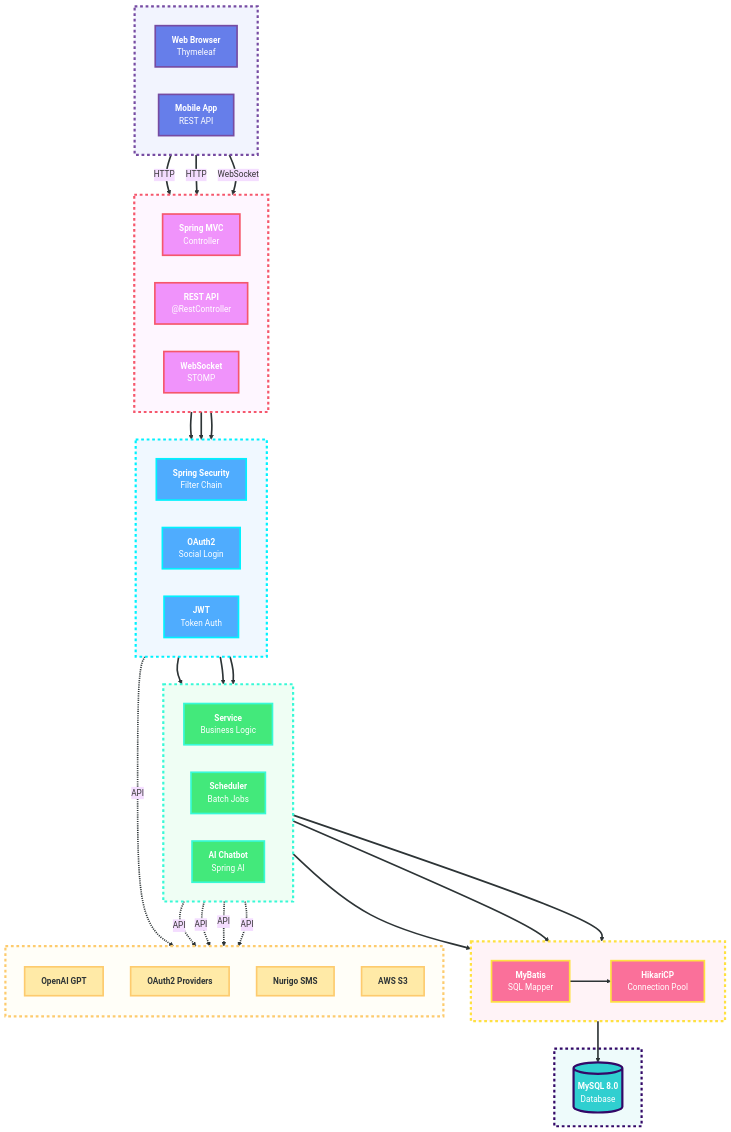
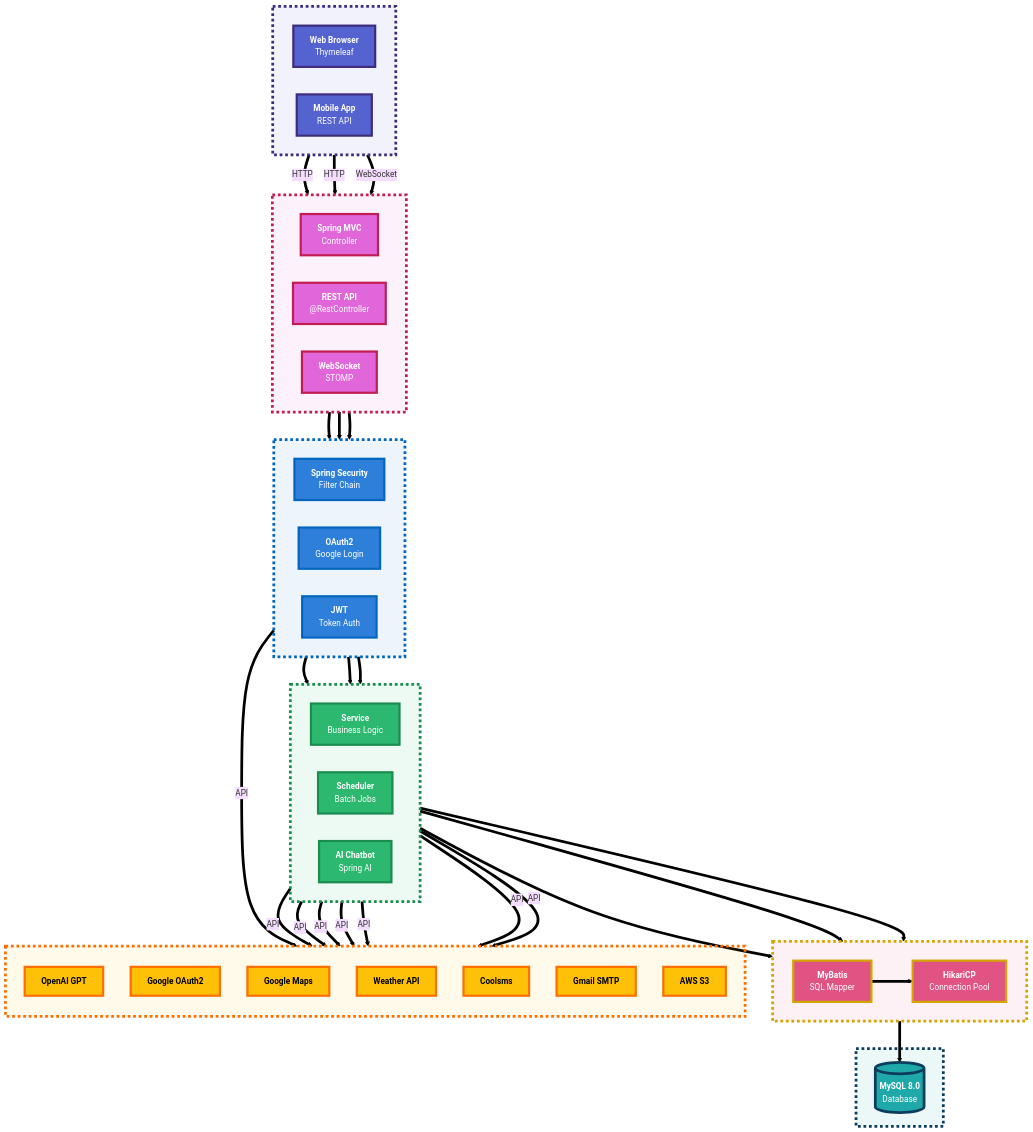
The diagram in README.md (wjdgkr3386/Neighbus), drawn with Mermaid before and after one commit. The commit also changed other lines of this file, not shown here.

````diff
--- a/README.md
+++ b/README.md
@@ -285,7 +285,7 @@
     subgraph Security[" "]
         direction LR
         SS["<b>Spring Security</b><br/>Filter Chain"]
-        OAuth["<b>OAuth2</b><br/>Social Login"]
+        OAuth["<b>OAuth2</b><br/>Google Login"]
         Token["<b>JWT</b><br/>Token Auth"]
     end
 
@@ -309,43 +309,49 @@
     subgraph External[" "]
         direction TB
         GPT["<b>OpenAI GPT</b>"]
-        Social["<b>OAuth2 Providers</b>"]
-        SMS["<b>Nurigo SMS</b>"]
+        GoogleOAuth["<b>Google OAuth2</b>"]
+        GoogleMaps["<b>Google Maps</b>"]
+        Weather["<b>Weather API</b>"]
+        SMS["<b>Coolsms</b>"]
+        Mail["<b>Gmail SMTP</b>"]
         S3["<b>AWS S3</b>"]
     end
 
-    Web -->|HTTP| MVC
-    App -->|HTTP| REST
-    Web -->|WebSocket| WS
+    Web ==>|HTTP| MVC
+    App ==>|HTTP| REST
+    Web ==>|WebSocket| WS
 
-    MVC --> SS
-    REST --> SS
-    WS --> SS
+    MVC ==> SS
+    REST ==> SS
+    WS ==> SS
 
-    SS --> SVC
-    OAuth --> SVC
-    Token --> SVC
+    SS ==> SVC
+    OAuth ==> SVC
+    Token ==> SVC
 
-    SVC --> MB
-    SCH --> MB
-    AI --> MB
+    SVC ==> MB
+    SCH ==> MB
+    AI ==> MB
 
-    MB --> CP
-    CP --> DB
+    MB ==> CP
+    CP ==> DB
 
-    AI -.->|API| GPT
-    SVC -.->|API| GPT
-    OAuth -.->|API| Social
-    SVC -.->|API| SMS
-    SVC -.->|API| S3
+    AI ==>|API| GPT
+    SVC ==>|API| GPT
+    OAuth ==>|API| GoogleOAuth
+    SVC ==>|API| GoogleMaps
+    SVC ==>|API| Weather
+    SVC ==>|API| SMS
+    SVC ==>|API| Mail
+    SVC ==>|API| S3
 
-    classDef clientClass fill:#667eea,stroke:#764ba2,stroke-width:3px,color:#fff
-    classDef presentClass fill:#f093fb,stroke:#f5576c,stroke-width:3px,color:#fff
-    classDef securityClass fill:#4facfe,stroke:#00f2fe,stroke-width:3px,color:#fff
-    classDef businessClass fill:#43e97b,stroke:#38f9d7,stroke-width:3px,color:#fff
-    classDef persistClass fill:#fa709a,stroke:#fee140,stroke-width:3px,color:#fff
-    classDef dbClass fill:#30cfd0,stroke:#330867,stroke-width:4px,color:#fff
-    classDef externalClass fill:#ffeaa7,stroke:#fdcb6e,stroke-width:3px,color:#2d3436
+    classDef clientClass fill:#5563d1,stroke:#3d2b7c,stroke-width:4px,color:#fff
+    classDef presentClass fill:#e066d9,stroke:#c01e52,stroke-width:4px,color:#fff
+    classDef securityClass fill:#2e7fd9,stroke:#0066c0,stroke-width:4px,color:#fff
+    classDef businessClass fill:#2db86f,stroke:#1a8c4e,stroke-width:4px,color:#fff
+    classDef persistClass fill:#e05383,stroke:#d4a400,stroke-width:4px,color:#fff
+    classDef dbClass fill:#1fa8a8,stroke:#0d3d5c,stroke-width:5px,color:#fff
+    classDef externalClass fill:#ffc107,stroke:#ff6f00,stroke-width:4px,color:#000
 
     class Web,App clientClass
     class MVC,REST,WS presentClass
@@ -353,15 +359,15 @@
     class SVC,SCH,AI businessClass
     class MB,CP persistClass
     class DB dbClass
-    class GPT,Social,SMS,S3 externalClass
+    class GPT,GoogleOAuth,GoogleMaps,Weather,SMS,Mail,S3 externalClass
 
-    style Client fill:#667eea15,stroke:#764ba2,stroke-width:4px,stroke-dasharray: 5 5
-    style Presentation fill:#f093fb15,stroke:#f5576c,stroke-width:4px,stroke-dasharray: 5 5
-    style Security fill:#4facfe15,stroke:#00f2fe,stroke-width:4px,stroke-dasharray: 5 5
-    style Business fill:#43e97b15,stroke:#38f9d7,stroke-width:4px,stroke-dasharray: 5 5
-    style Persistence fill:#fa709a15,stroke:#fee140,stroke-width:4px,stroke-dasharray: 5 5
-    style Database fill:#30cfd015,stroke:#330867,stroke-width:4px,stroke-dasharray: 5 5
-    style External fill:#ffeaa715,stroke:#fdcb6e,stroke-width:4px,stroke-dasharray: 5 5
+    style Client fill:#5563d115,stroke:#3d2b7c,stroke-width:5px,stroke-dasharray: 5 5
+    style Presentation fill:#e066d915,stroke:#c01e52,stroke-width:5px,stroke-dasharray: 5 5
+    style Security fill:#2e7fd915,stroke:#0066c0,stroke-width:5px,stroke-dasharray: 5 5
+    style Business fill:#2db86f15,stroke:#1a8c4e,stroke-width:5px,stroke-dasharray: 5 5
+    style Persistence fill:#e0538315,stroke:#d4a400,stroke-width:5px,stroke-dasharray: 5 5
+    style Database fill:#1fa8a815,stroke:#0d3d5c,stroke-width:5px,stroke-dasharray: 5 5
+    style External fill:#ffc10715,stroke:#ff6f00,stroke-width:5px,stroke-dasharray: 5 5
 
-    linkStyle default stroke:#2d3436,stroke-width:3px
+    linkStyle default stroke:#000000,stroke-width:5px
 ```
````
